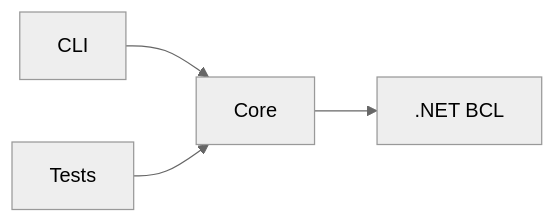
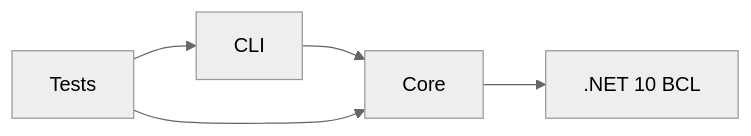
The second of 6 diagrams in docs/ARCHITECTURE.md (andrii2g/bed-mesh-interpolation-simulator), drawn with Mermaid (neutral theme) before and after one commit. The commit also changed other lines of this file and 4 other files, not shown here.

````diff
--- a/docs/ARCHITECTURE.md
+++ b/docs/ARCHITECTURE.md
@@ -61,6 +64,7 @@
 ```mermaid
 flowchart LR
     CLI --> Core
     Tests --> Core
-    Core --> BCL[.NET BCL]
+    Tests --> CLI
+    Core --> BCL[.NET 10 BCL]
 ```
````
